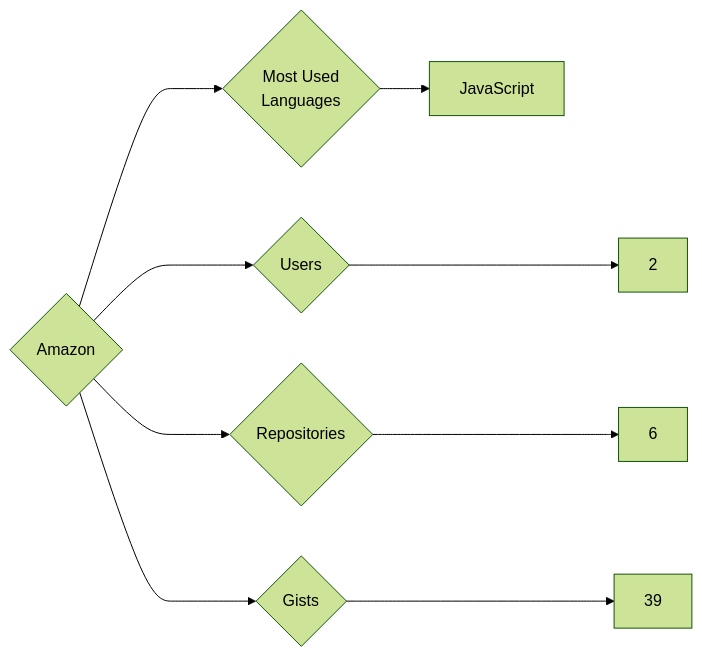
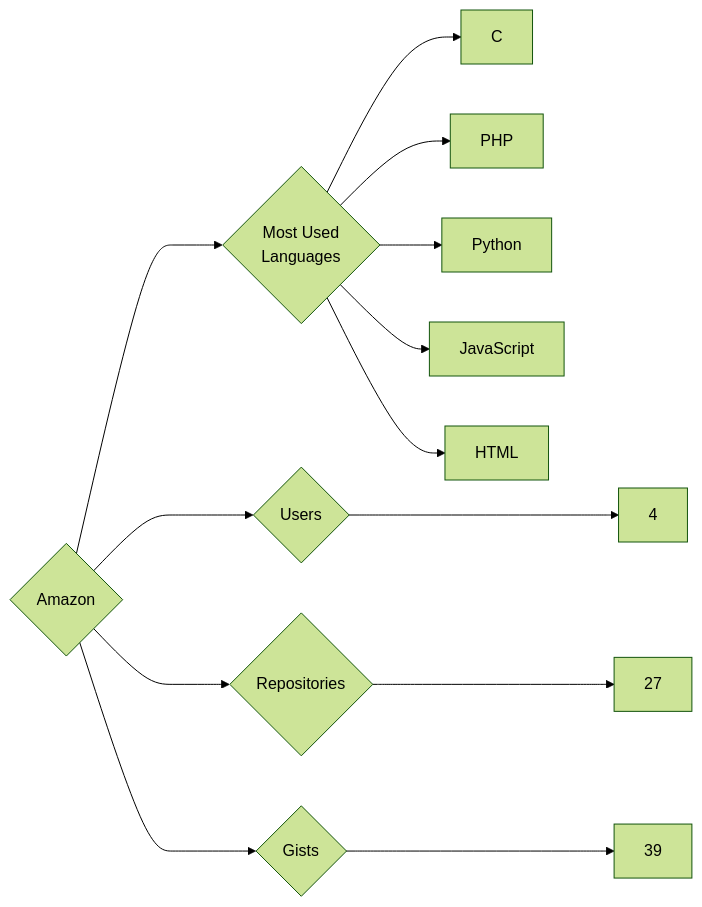
One commit to trickest/insiders changed the diagram in targets/Amazon/README.md. Above: the diagram before and after it, drawn with Mermaid (forest theme). The commit also changed 783 other files, not shown here.

````diff
--- a/targets/Amazon/README.md
+++ b/targets/Amazon/README.md
@@ -3,9 +3,13 @@
 ```mermaid
 graph LR
 COMPANY_NAME{Amazon}
-COMPANY_NAME ---> U{Users} ---> UN[2]
-COMPANY_NAME ---> R{Repositories} ---> RN[6]
+COMPANY_NAME ---> U{Users} ---> UN[4]
+COMPANY_NAME ---> R{Repositories} ---> RN[27]
 COMPANY_NAME ---> G{Gists} ---> GN[39]
 COMPANY_NAME ---> ML{Most Used<br>Languages}
+ML --> C[C]
+ML --> PHP[PHP]
+ML --> Python[Python]
 ML --> JavaScript[JavaScript]
+ML --> HTML[HTML]
 ```
````
